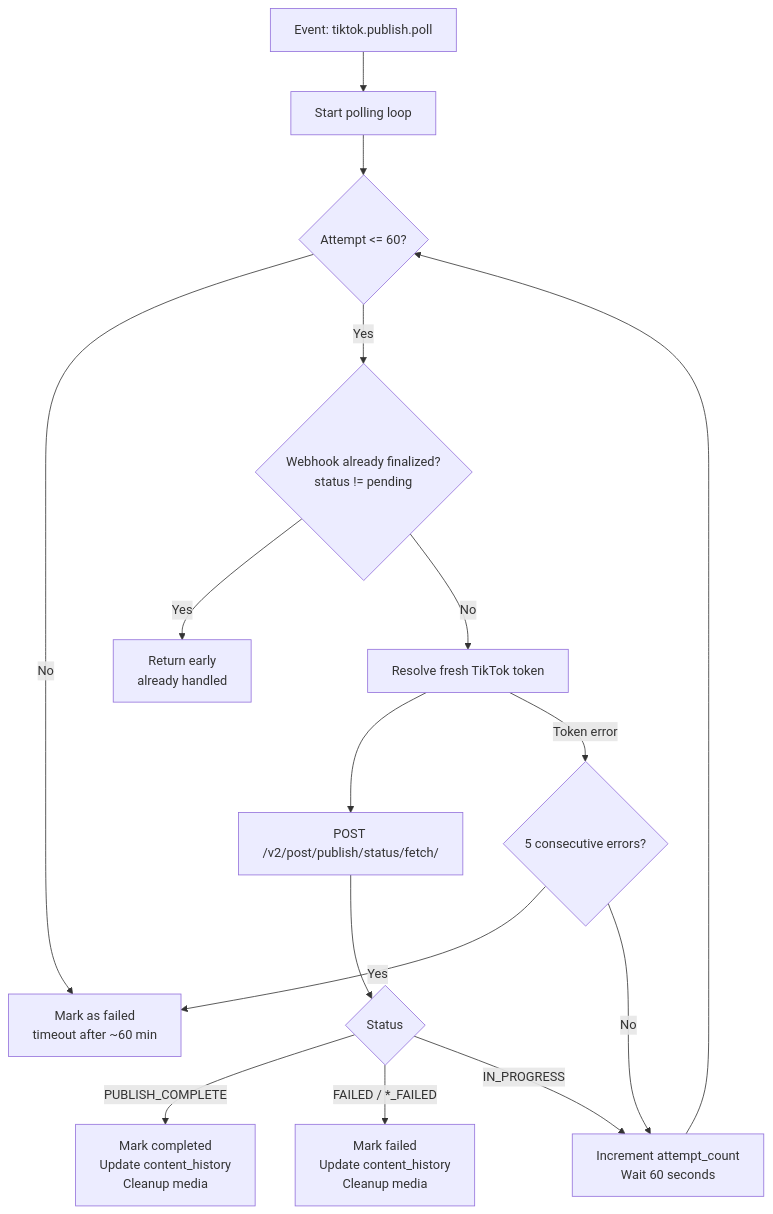
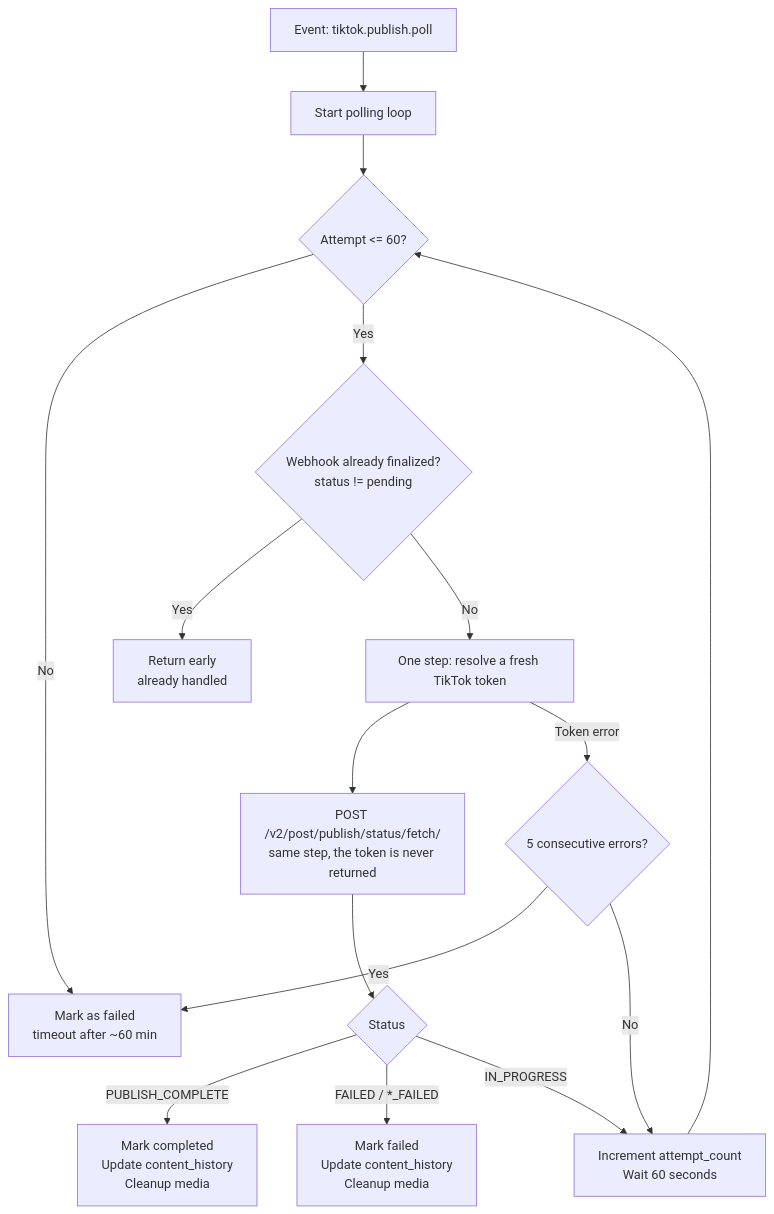
The third of 5 diagrams in docs/INNGEST.md (Andy00L/sharetopus), drawn with Mermaid before and after one commit. The commit also changed other lines of this file and 8 other files, not shown here.

````diff
--- a/docs/INNGEST.md
+++ b/docs/INNGEST.md
@@ -118,18 +122,19 @@
 ```mermaid
 flowchart TD
     A[Event: tiktok.publish.poll] --> B[Start polling loop]
     B --> C{Attempt <= 60?}
     C -->|No| D[Mark as failed\ntimeout after ~60 min]
     C -->|Yes| W{Webhook already finalized?\nstatus != pending}
     W -->|Yes| X[Return early\nalready handled]
-    W -->|No| E[Resolve fresh TikTok token]
-    E --> F[POST /v2/post/publish/status/fetch/]
+    W -->|No| E[One step: resolve a fresh TikTok token]
+    E --> F[POST /v2/post/publish/status/fetch/
+same step, the token is never returned]
     F --> G{Status}
     G -->|PUBLISH_COMPLETE| H[Mark completed\nUpdate content_history\nCleanup media]
     G -->|FAILED / *_FAILED| I[Mark failed\nUpdate content_history\nCleanup media]
     G -->|IN_PROGRESS| J[Increment attempt_count\nWait 60 seconds]
     J --> C
     E -->|Token error| K{5 consecutive errors?}
     K -->|Yes| D
     K -->|No| J
 ```
````
